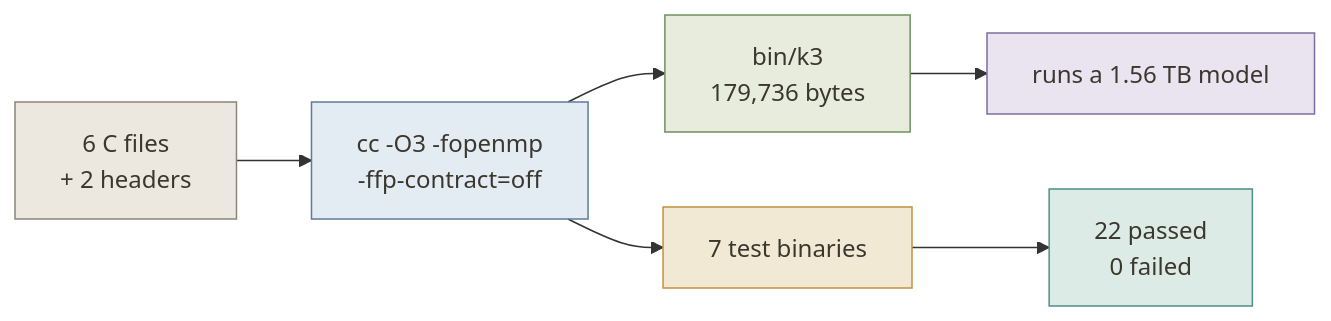
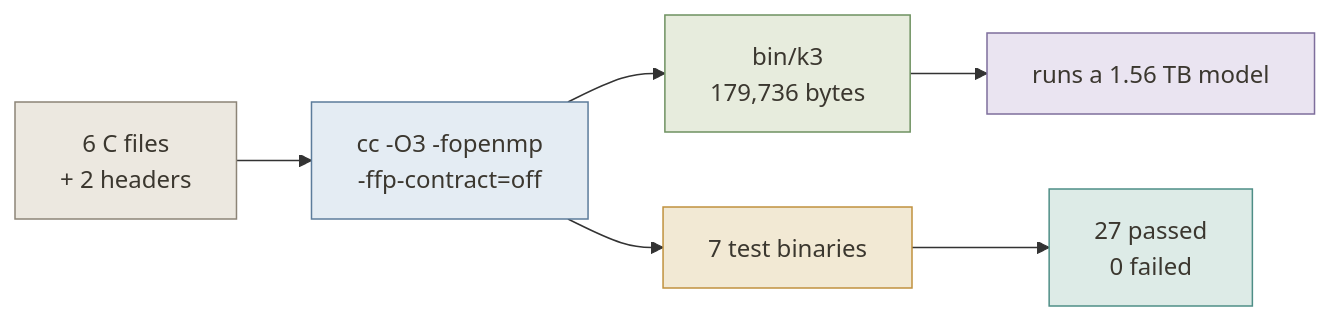
One commit to Deobot2/kimi-k3-in-c changed the diagram in docs/images/build-flow.mmd. Above: the diagram before and after it, drawn with Mermaid. The commit also changed 1 other file, not shown here.

Commit message:
docs: regenerate build-flow diagram source with the current test_ops count
Same root cause as the CI fix in 662a0eb: docs/images/_gen.py's
build-flow diagram hardcoded "22 passed / 0 failed" for test_ops,
which now prints 27. Fixed the one line in the generator and re-ran it
(`python3 _gen.py` from docs/images/), which mechanically regenerated
all 32 .mmd files -- only build-flow.mmd actually changed, confirming
this was the sole stale reference.

The rendered build-flow.png is now one commit behind its .mmd source;
no mermaid renderer (mmdc) is available in this environment to
regenerate it. A maintainer with mmdc + the referenced mmdc.json
config will need to re-render it from build-flow.mmd.

Claude-Session: https://claude.ai/code/session_017RPUZzCW2GnEBNuswQB353

```diff
--- a/docs/images/build-flow.mmd
+++ b/docs/images/build-flow.mmd
@@ -1,12 +1,12 @@
 flowchart LR
     SRC["6 C files<br/>+ 2 headers"] --> CC["cc -O3 -fopenmp<br/>-ffp-contract=off"]
     CC --> BIN["bin/k3<br/>179,736 bytes"]
     CC --> T["7 test binaries"]
-    T --> G["22 passed<br/>0 failed"]
+    T --> G["27 passed<br/>0 failed"]
     BIN --> RUN["runs a 1.56 TB model"]
     style SRC fill:#ECE8E0,stroke:#8C8477,color:#3B372F
     style CC fill:#E4ECF3,stroke:#5C7C9B,color:#3B372F
     style BIN fill:#E7ECDD,stroke:#6E9160,color:#3B372F
     style T fill:#F2E9D4,stroke:#C0913E,color:#3B372F
     style G fill:#DDEBE7,stroke:#4E8E86,color:#3B372F
     style RUN fill:#EAE4F1,stroke:#7E6E9C,color:#3B372F
```
